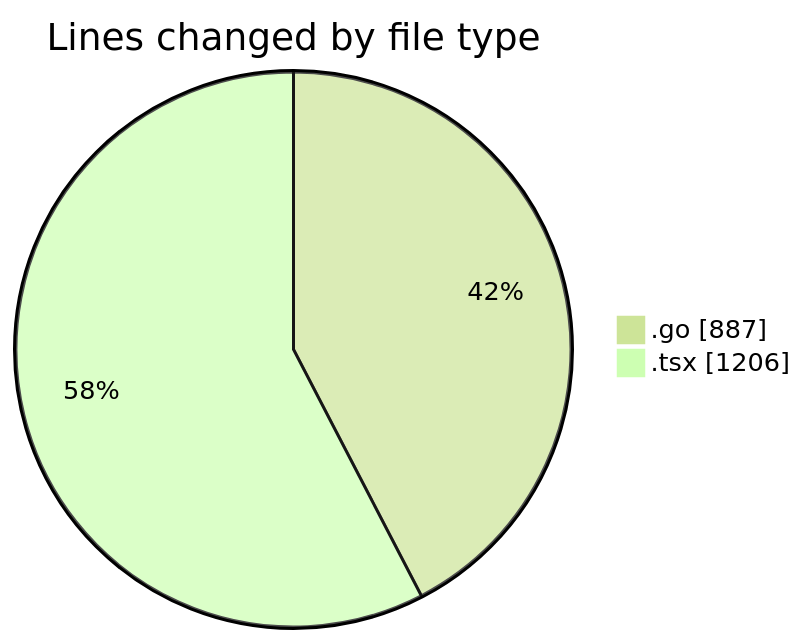
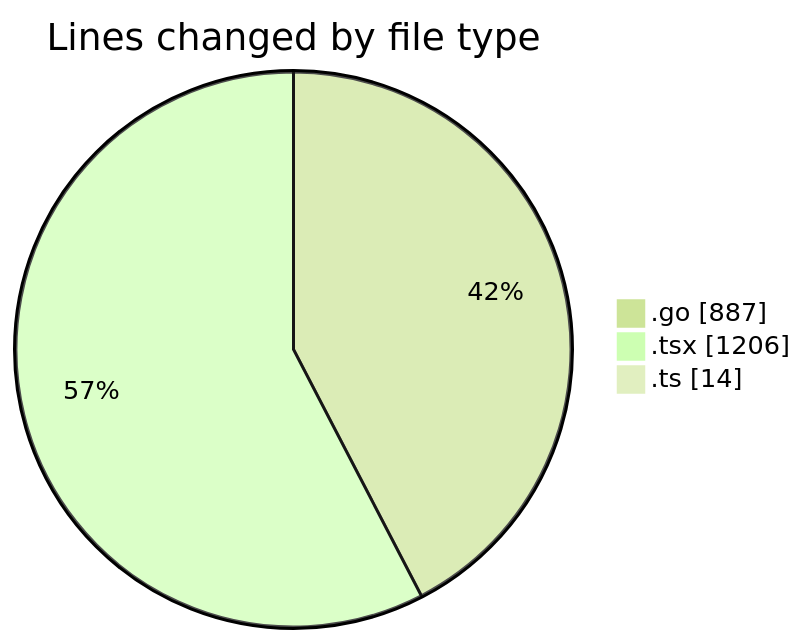
The first of 2 diagrams in 2025-03-05/termonied_testador/README.md (robertbonfada/code-tracking), drawn with Mermaid (forest theme) before and after one commit. The commit also changed other lines of this file and 1 other file, not shown here.

````diff
--- a/2025-03-05/termonied_testador/README.md
+++ b/2025-03-05/termonied_testador/README.md
@@ -26,6 +27,7 @@
 ```mermaid
 pie showData
 title Lines changed by file type
 ".go" : 887
 ".tsx" : 1206
+".ts" : 14
 ```
````
